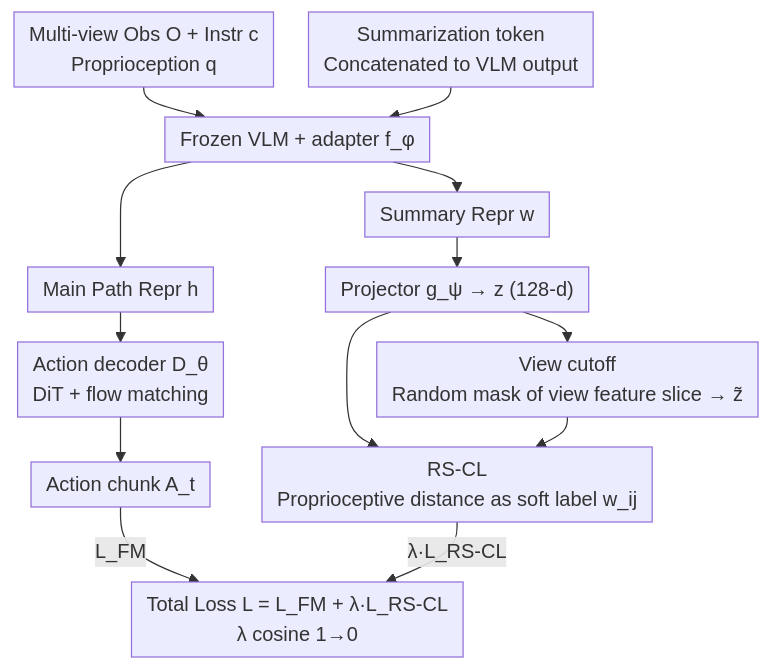
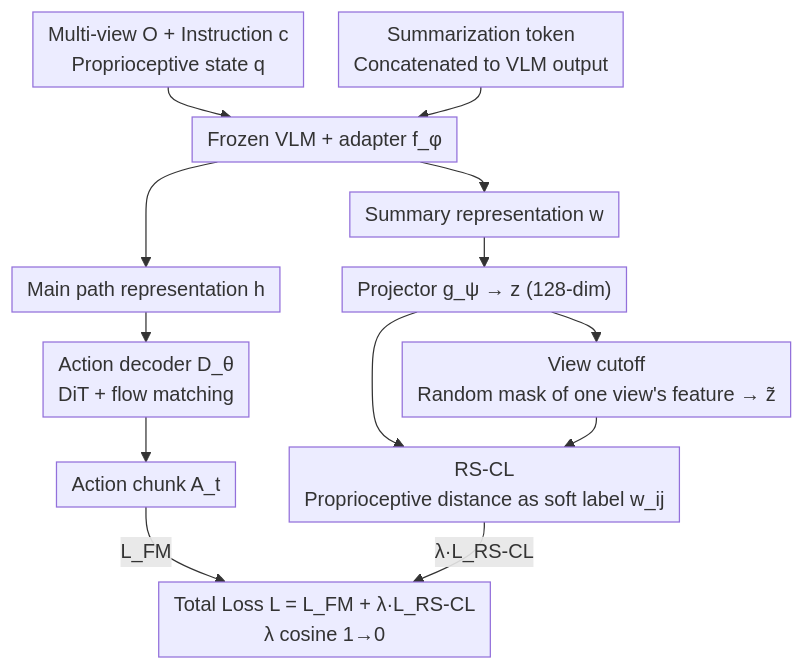
One commit to zhaoyang97/Paper-Notes-en changed the diagram in docs/ICML2026/robotics/contrastive_representation_regularization_for_vision-language-action_models.md. Above: the diagram before and after it, drawn with Mermaid. The commit also changed other lines of this file and 5084 other files, not shown here.

````diff
--- a/docs/ICML2026/robotics/contrastive_representation_regularization_for_vision-language-action_models.md
+++ b/docs/ICML2026/robotics/contrastive_representation_regularization_for_vision-language-action_models.md
@@ -48,16 +48,16 @@
 ```mermaid
 %%{init: {'flowchart': {'rankSpacing': 24, 'nodeSpacing': 28, 'padding': 6, 'wrappingWidth': 400}}}%%
 flowchart TD
-    IN["Multi-view Obs O + Instr c<br/>Proprioception q"] --> VLM["Frozen VLM + adapter f_φ"]
+    IN["Multi-view O + Instruction c<br/>Proprioceptive state q"] --> VLM["Frozen VLM + adapter f_φ"]
     U["Summarization token<br/>Concatenated to VLM output"] --> VLM
-    VLM --> H["Main Path Repr h"]
-    VLM --> W["Summary Repr w"]
+    VLM --> H["Main path representation h"]
+    VLM --> W["Summary representation w"]
     H --> DEC["Action decoder D_θ<br/>DiT + flow matching"]
     DEC --> AT["Action chunk A_t"]
-    W --> PROJ["Projector g_ψ → z (128-d)"]
-    PROJ --> CUT["View cutoff<br/>Random mask of view feature slice → z̃"]
+    W --> PROJ["Projector g_ψ → z (128-dim)"]
+    PROJ --> CUT["View cutoff<br/>Random mask of one view's feature → z̃"]
     PROJ --> RSCL["RS-CL<br/>Proprioceptive distance as soft label w_ij"]
     CUT --> RSCL
     AT -->|L_FM| LOSS["Total Loss L = L_FM + λ·L_RS-CL<br/>λ cosine 1→0"]
     RSCL -->|λ·L_RS-CL| LOSS
 ```
````
